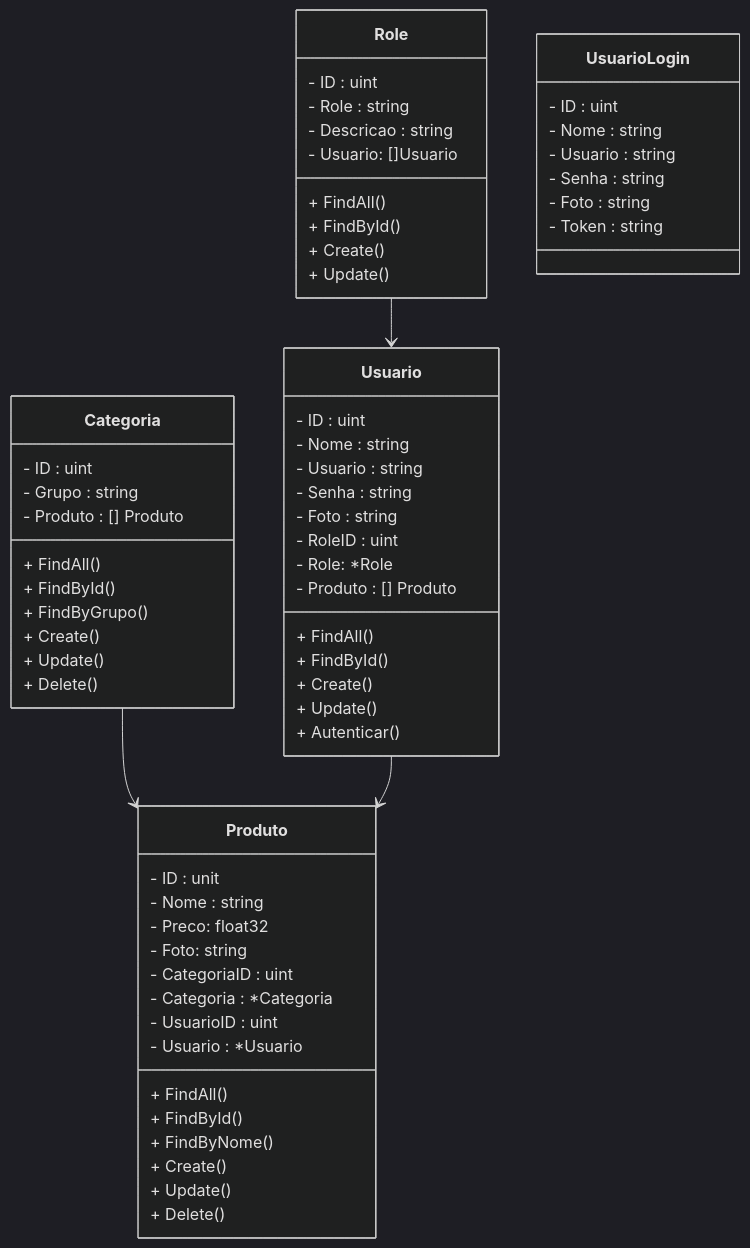
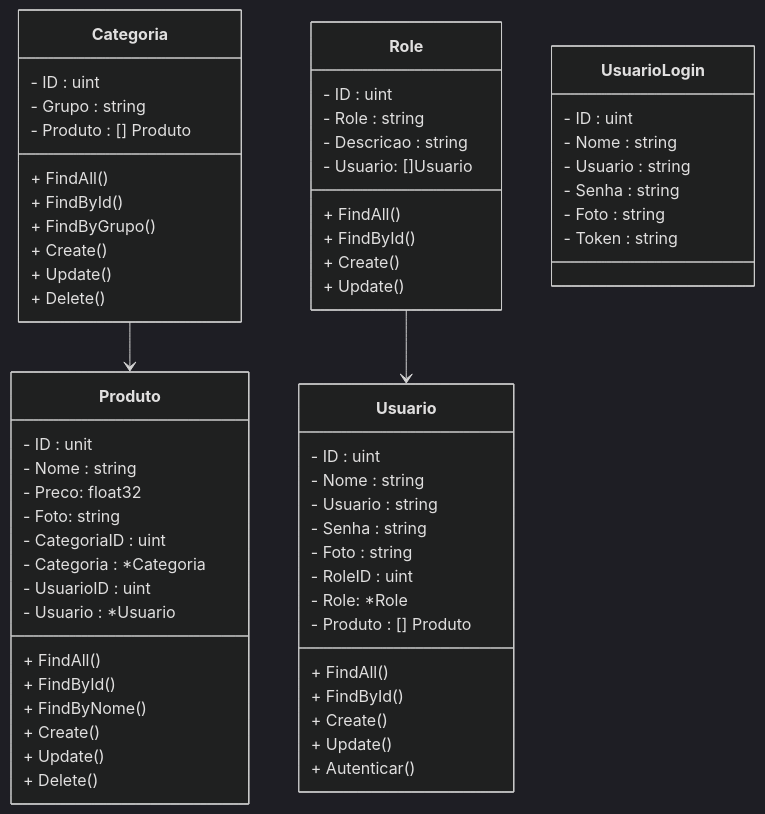
One commit to rafaelq80/farmacia_go changed the diagram in README.md. Above: the diagram before and after it, drawn with Mermaid (dark theme).

````diff
--- a/README.md
+++ b/README.md
@@ -62,66 +62,65 @@
 ```mermaid
 classDiagram
 class Categoria {
   - ID : uint
   - Grupo : string
   - Produto : [] Produto
   + FindAll()
   + FindById()
   + FindByGrupo()
   + Create()
   + Update()  
   + Delete()
 }
 class Produto {
   - ID : unit
   - Nome : string
   - Preco: float32
   - Foto: string
   - CategoriaID : uint
   - Categoria : *Categoria
   - UsuarioID : uint
   - Usuario : *Usuario
   + FindAll()
   + FindById()
   + FindByNome()
   + Create()
   + Update()  
   + Delete()
 }
 class Usuario {
   - ID : uint
   - Nome : string
   - Usuario : string
   - Senha : string
   - Foto : string
   - RoleID : uint
   - Role: *Role
   - Produto : [] Produto
   + FindAll()
   + FindById()
   + Create()
   + Update()
   + Autenticar()
 }
 class Role{
   - ID : uint
   - Role : string
   - Descricao : string
   - Usuario: []Usuario
   + FindAll()
   + FindById()
   + Create()
   + Update()
 }
 class UsuarioLogin{
   - ID : uint
   - Nome : string
   - Usuario : string
   - Senha : string
   - Foto : string
   - Token : string
 }
 Categoria --> Produto
-Usuario --> Produto
 Role --> Usuario
 ```
````
